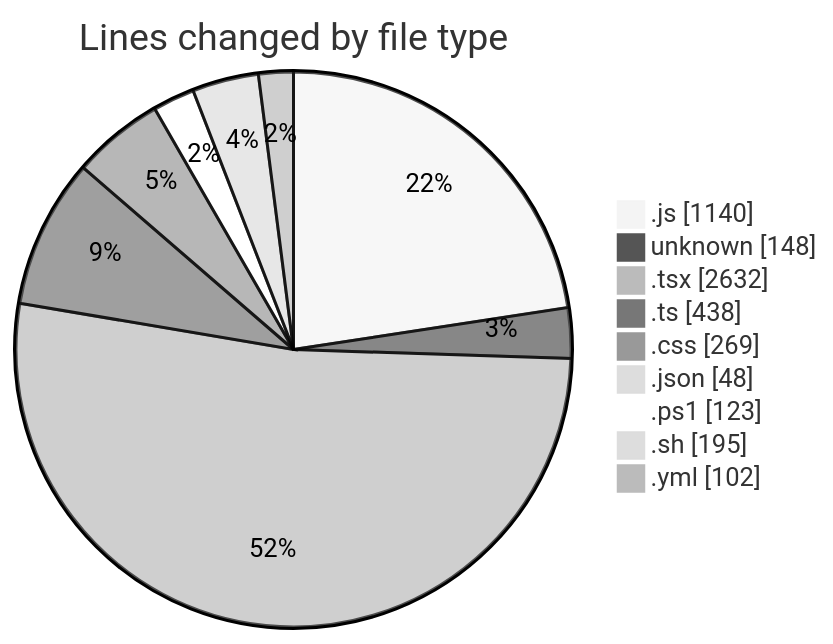
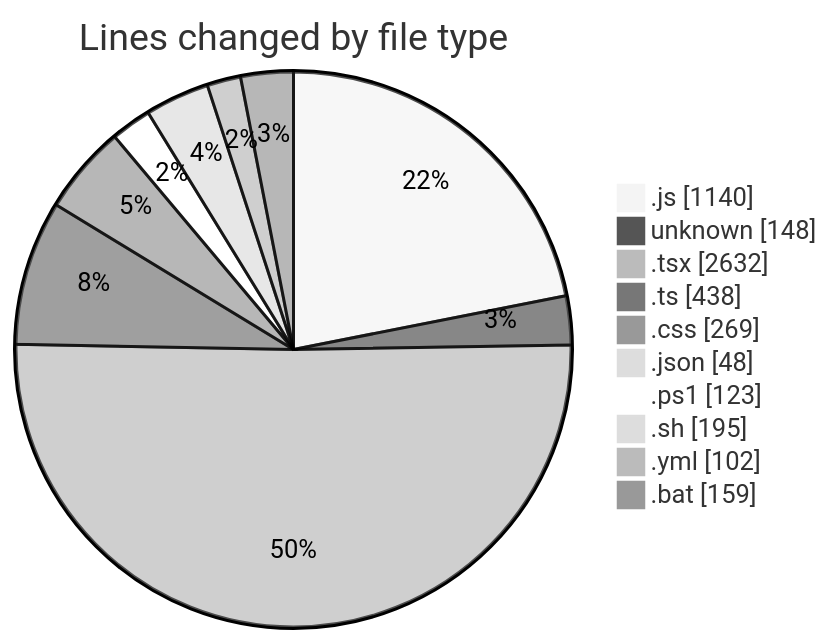
The first of 2 diagrams in 2025-08-06/napxuvn/README.md (lephambinh05/code-tracking), drawn with Mermaid (neutral theme) before and after one commit. The commit also changed other lines of this file and 1 other file, not shown here.

````diff
--- a/2025-08-06/napxuvn/README.md
+++ b/2025-08-06/napxuvn/README.md
@@ -76,13 +77,14 @@
 ```mermaid
 pie showData
 title Lines changed by file type
 ".js" : 1140
 "unknown" : 148
 ".tsx" : 2632
 ".ts" : 438
 ".css" : 269
 ".json" : 48
 ".ps1" : 123
 ".sh" : 195
 ".yml" : 102
+".bat" : 159
 ```
````
